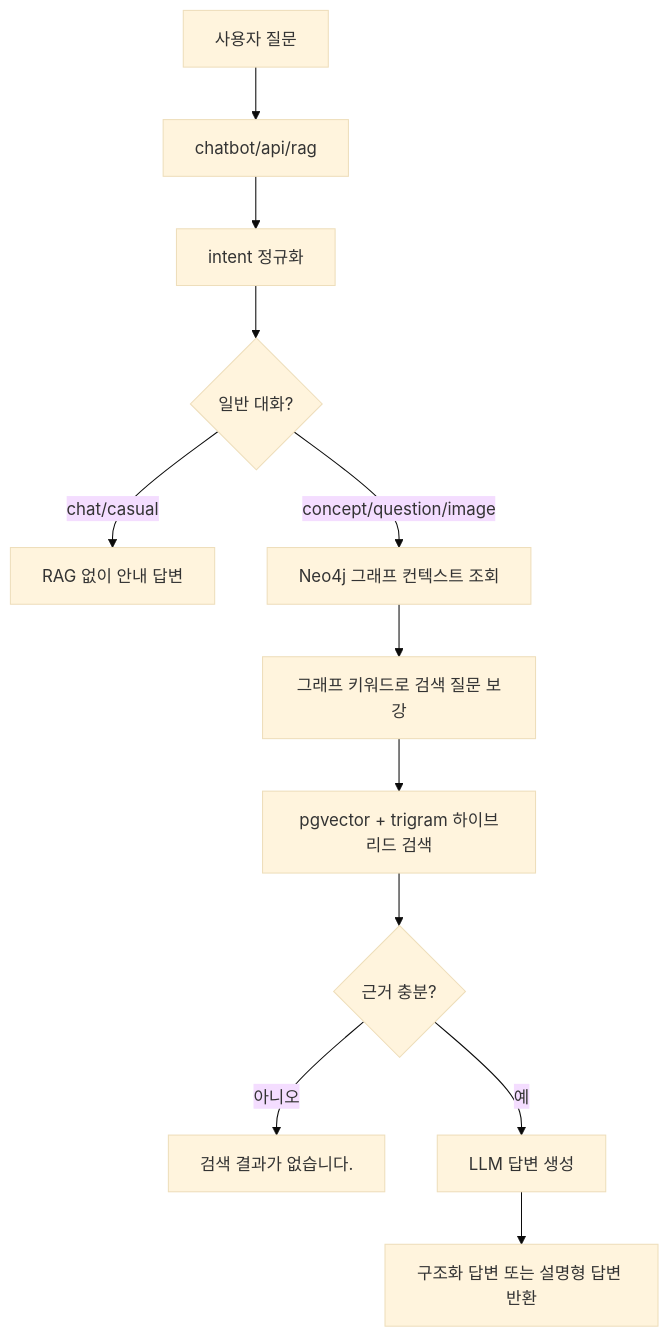
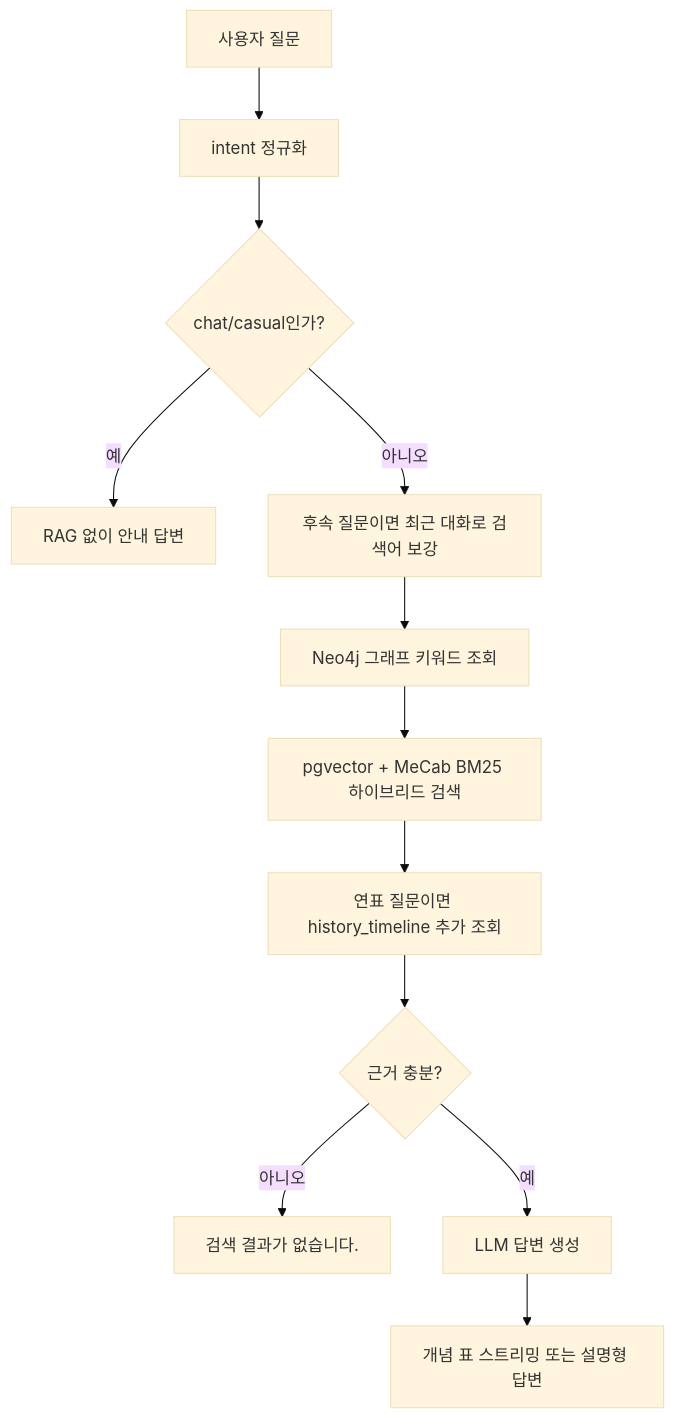
One commit to SKNETWORKS-FAMILY-AICAMP/SKN27-FINAL-2Team changed the diagram in docs/rag/챗봇_RAG_구축_운영_문서.md. Above: the diagram before and after it, drawn with Mermaid (base theme). The commit also changed other lines of this file and 19 other files, not shown here.

Commit message:
rag 개선, 챗봇 스트리밍 적용

````diff
--- a/docs/rag/챗봇_RAG_구축_운영_문서.md
+++ b/docs/rag/챗봇_RAG_구축_운영_문서.md
@@ -36,14 +49,14 @@
 ```mermaid
 flowchart TD
-    A["사용자 질문"] --> B["chatbot/api/rag"]
-    B --> C["intent 정규화"]
-    C --> D{"일반 대화?"}
-    D -- "chat/casual" --> E["RAG 없이 안내 답변"]
-    D -- "concept/question/image" --> F["Neo4j 그래프 컨텍스트 조회"]
-    F --> G["그래프 키워드로 검색 질문 보강"]
-    G --> H["pgvector + trigram 하이브리드 검색"]
+    A["사용자 질문"] --> B["intent 정규화"]
+    B --> C{"chat/casual인가?"}
+    C -- "예" --> D["RAG 없이 안내 답변"]
+    C -- "아니오" --> E["후속 질문이면 최근 대화로 검색어 보강"]
+    E --> F["Neo4j 그래프 키워드 조회"]
+    F --> G["pgvector + MeCab BM25 하이브리드 검색"]
+    G --> H["연표 질문이면 history_timeline 추가 조회"]
     H --> I{"근거 충분?"}
     I -- "아니오" --> J["검색 결과가 없습니다."]
     I -- "예" --> K["LLM 답변 생성"]
-    K --> L["구조화 답변 또는 설명형 답변 반환"]
+    K --> L["개념 표 스트리밍 또는 설명형 답변"]
 ```
````
